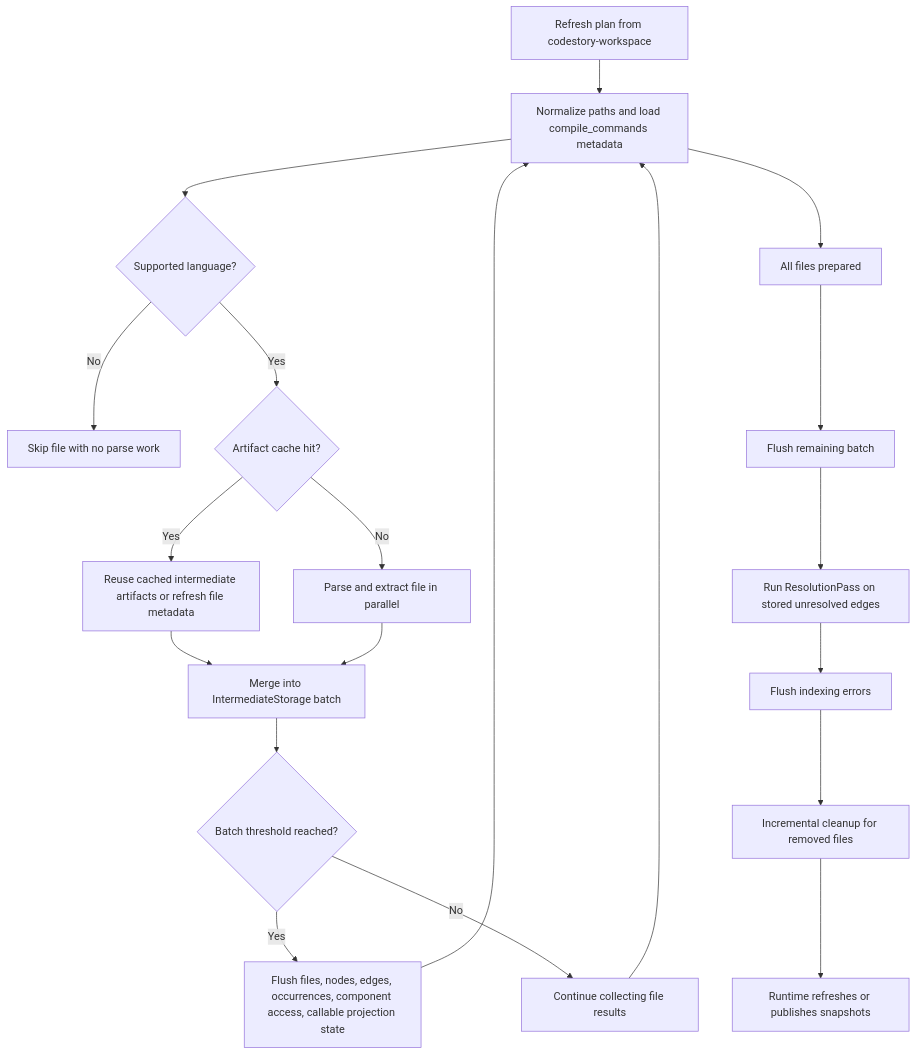
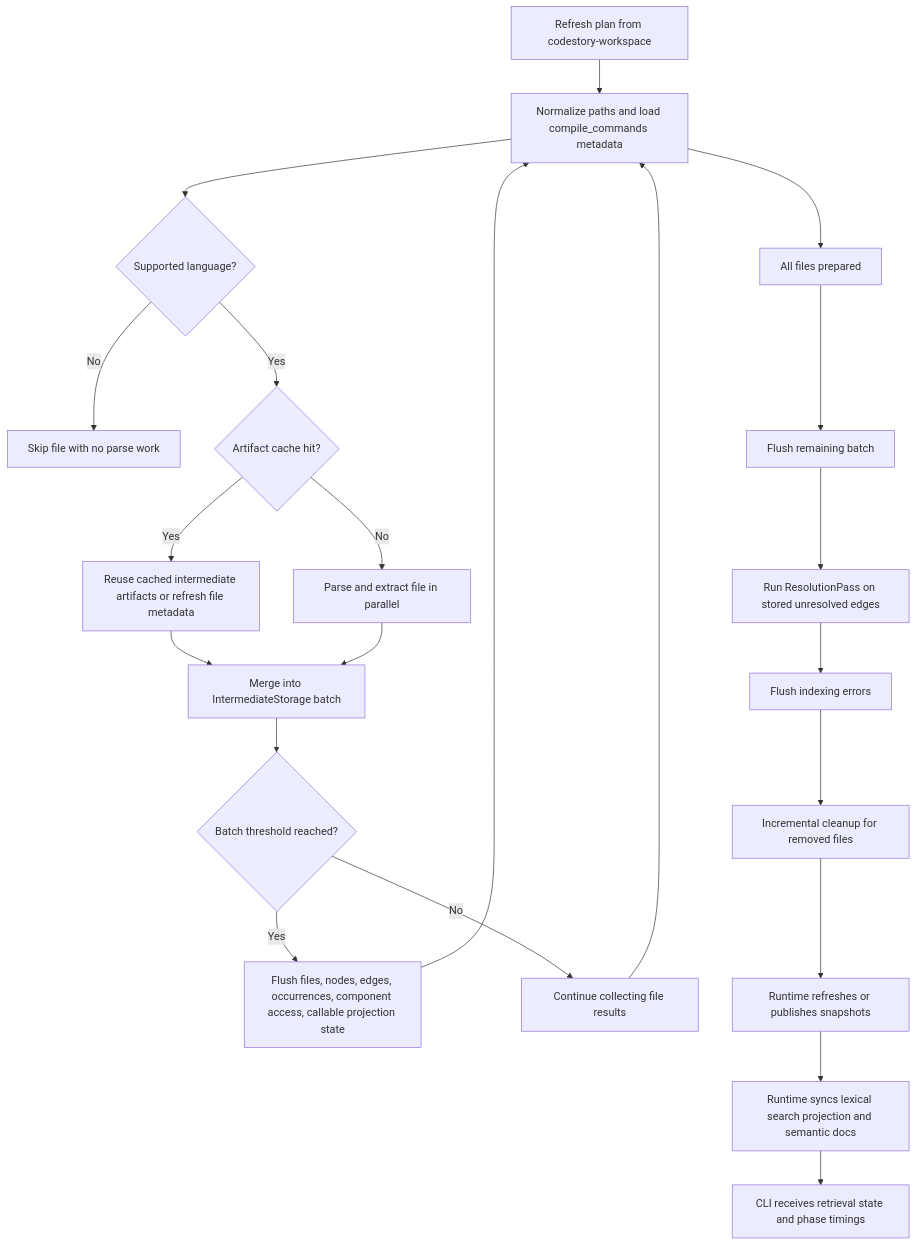
The second of 2 diagrams in docs/architecture/indexing-pipeline.md (TheGreenCedar/CodeStory), drawn with Mermaid before and after one commit. The commit also changed other lines of this file and 10 other files, not shown here.

Commit message:
Document index CLI options and semantic sync behavior

````diff
--- a/docs/architecture/indexing-pipeline.md
+++ b/docs/architecture/indexing-pipeline.md
@@ -40,22 +46,24 @@
 ```mermaid
 flowchart TD
     plan["Refresh plan from codestory-workspace"] --> prep["Normalize paths and load compile_commands metadata"]
     prep --> supported{"Supported language?"}
     supported -->|"No"| skip["Skip file with no parse work"]
     supported -->|"Yes"| cache{"Artifact cache hit?"}
     cache -->|"Yes"| reuse["Reuse cached intermediate artifacts or refresh file metadata"]
     cache -->|"No"| parse["Parse and extract file in parallel"]
     reuse --> merge["Merge into IntermediateStorage batch"]
     parse --> merge
     merge --> flush{"Batch threshold reached?"}
     flush -->|"Yes"| write["Flush files, nodes, edges, occurrences, component access, callable projection state"]
     flush -->|"No"| more["Continue collecting file results"]
     more --> prep
     write --> prep
     prep --> done["All files prepared"]
     done --> finalflush["Flush remaining batch"]
     finalflush --> resolve["Run ResolutionPass on stored unresolved edges"]
     resolve --> errors["Flush indexing errors"]
     errors --> cleanup["Incremental cleanup for removed files"]
     cleanup --> snapshots["Runtime refreshes or publishes snapshots"]
+    snapshots --> semantic["Runtime syncs lexical search projection and semantic docs"]
+    semantic --> summary["CLI receives retrieval state and phase timings"]
 ```
````
